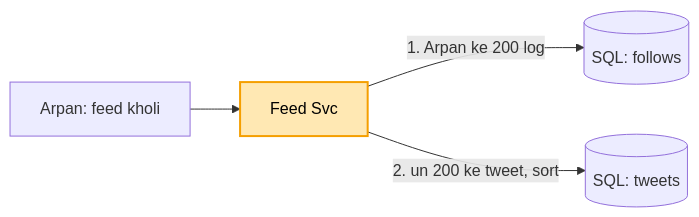
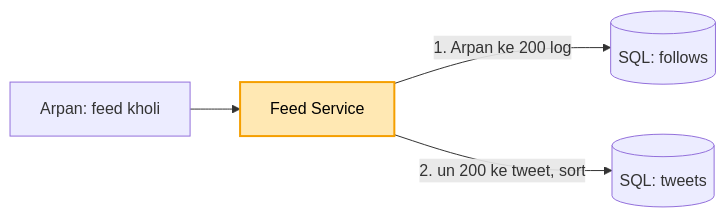
One commit to ArpanMaheshwari144/Prep changed the first of 9 diagrams in 04_HLD/SYSTEM_DESIGNS/03_twitter_feed/03_twitter_feed.md. Above: the diagram before and after it, drawn with Mermaid. The commit also changed other lines of this file and 8 other files, not shown here.

````diff
--- a/04_HLD/SYSTEM_DESIGNS/03_twitter_feed/03_twitter_feed.md
+++ b/04_HLD/SYSTEM_DESIGNS/03_twitter_feed/03_twitter_feed.md
@@ -59,7 +59,7 @@
 ```mermaid
 flowchart LR
-    U["Arpan: feed kholi"] --> F["Feed Svc"]
+    U["Arpan: feed kholi"] --> F["Feed Service"]
     F -- "1. Arpan ke 200 log" --> FO[("SQL: follows")]
     F -- "2. un 200 ke tweet, sort" --> T[("SQL: tweets")]
     style F fill:#ffe8b3,stroke:#f59f00,stroke-width:2px,color:#000
 ```
````
